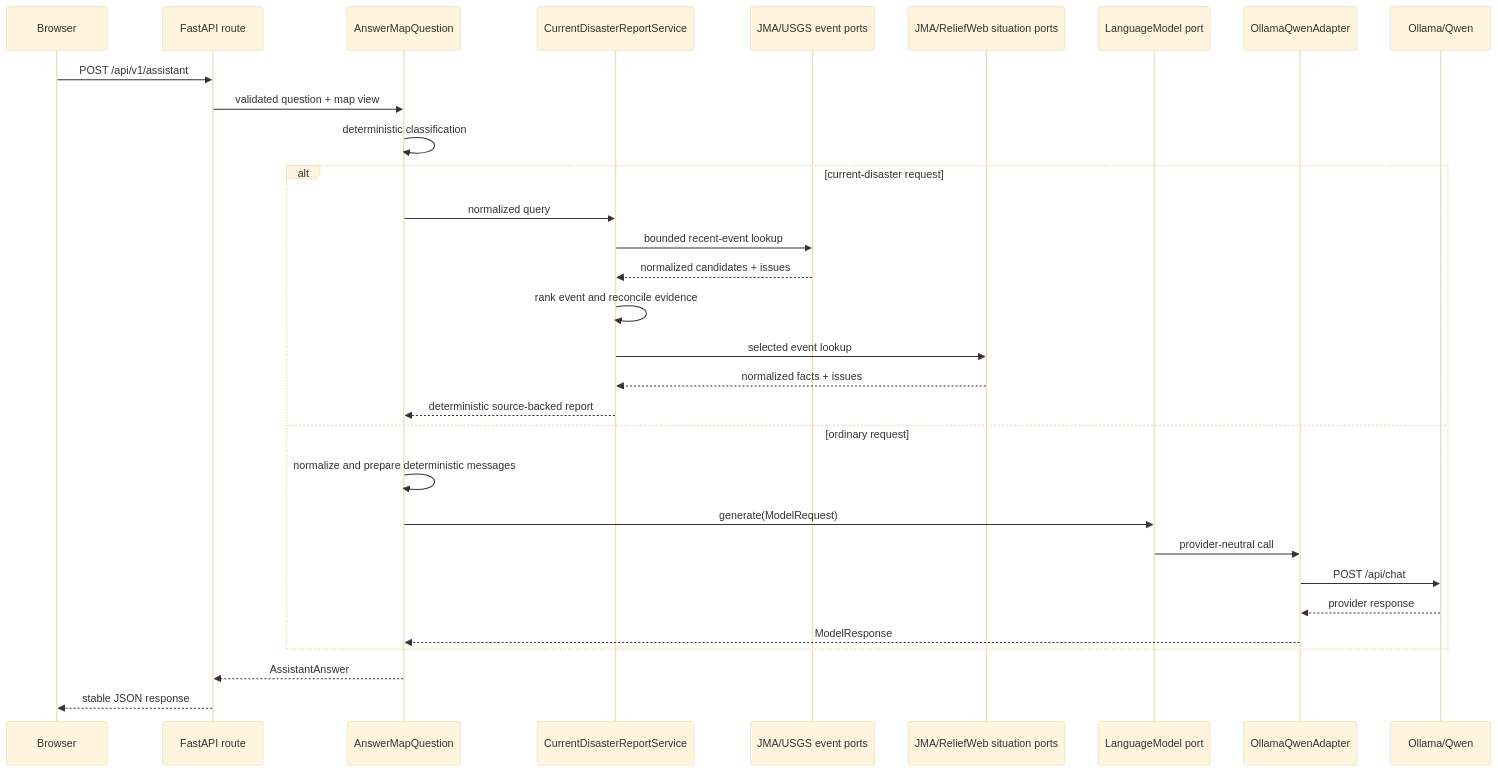
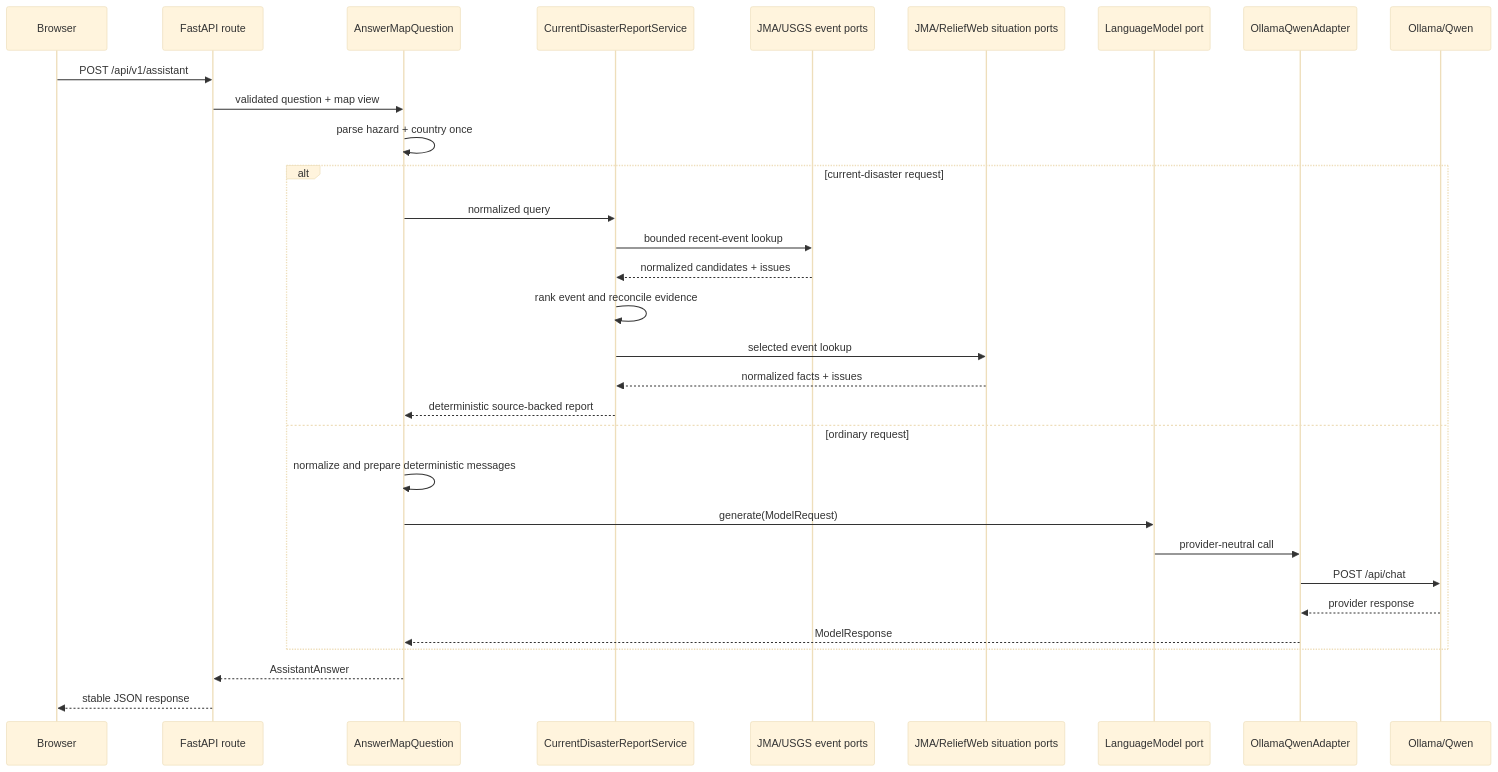
The second of 3 diagrams in docs/architecture.md (FearOfTheSea/DisasterMonitor), drawn with Mermaid (base theme) before and after one commit. The commit also changed other lines of this file and 28 other files, not shown here.

````diff
--- a/docs/architecture.md
+++ b/docs/architecture.md
@@ -23,34 +24,34 @@
 ```mermaid
 sequenceDiagram
     participant Browser
     participant Route as FastAPI route
     participant UseCase as AnswerMapQuestion
     participant Report as CurrentDisasterReportService
     participant Events as JMA/USGS event ports
     participant Situation as JMA/ReliefWeb situation ports
     participant Port as LanguageModel port
     participant Adapter as OllamaQwenAdapter
     participant Model as Ollama/Qwen
 
     Browser->>Route: POST /api/v1/assistant
     Route->>UseCase: validated question + map view
-    UseCase->>UseCase: deterministic classification
+    UseCase->>UseCase: parse hazard + country once
     alt current-disaster request
         UseCase->>Report: normalized query
         Report->>Events: bounded recent-event lookup
         Events-->>Report: normalized candidates + issues
         Report->>Report: rank event and reconcile evidence
         Report->>Situation: selected event lookup
         Situation-->>Report: normalized facts + issues
         Report-->>UseCase: deterministic source-backed report
     else ordinary request
     UseCase->>UseCase: normalize and prepare deterministic messages
     UseCase->>Port: generate(ModelRequest)
     Port->>Adapter: provider-neutral call
     Adapter->>Model: POST /api/chat
     Model-->>Adapter: provider response
     Adapter-->>UseCase: ModelResponse
     end
     UseCase-->>Route: AssistantAnswer
     Route-->>Browser: stable JSON response
 ```
````
